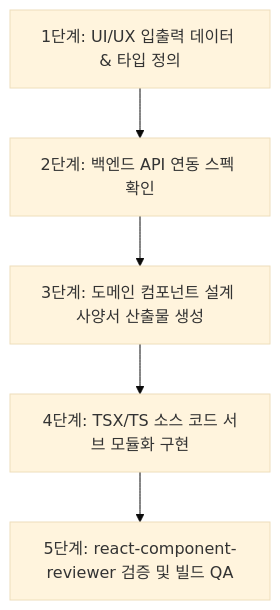
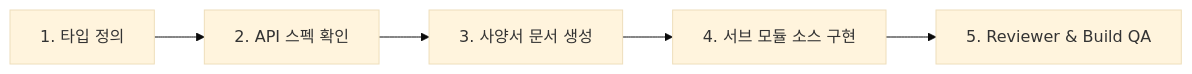
Before and after one commit to worean/antigravity-workflow: the diagram in .agents/skills/react-component-developer/SKILL.md, drawn with Mermaid (base theme). The commit also changed other lines of this file and 53 other files, not shown here.

````diff
--- a/.agents/skills/react-component-developer/SKILL.md
+++ b/.agents/skills/react-component-developer/SKILL.md
@@ -46,7 +32,7 @@
 ```mermaid
-flowchart TD
-    S1[1단계: UI/UX 입출력 데이터 & 타입 정의] --> S2[2단계: 백엔드 API 연동 스펙 확인]
-    S2 --> S3[3단계: 도메인 컴포넌트 설계 사양서 산출물 생성]
-    S3 --> S4[4단계: TSX/TS 소스 코드 서브 모듈화 구현]
-    S4 --> S5[5단계: react-component-reviewer 검증 및 빌드 QA]
+flowchart LR
+    S1[1. 타입 정의] --> S2[2. API 스펙 확인]
+    S2 --> S3[3. 사양서 문서 생성]
+    S3 --> S4[4. 서브 모듈 소스 구현]
+    S4 --> S5[5. Reviewer & Build QA]
 ```
````
